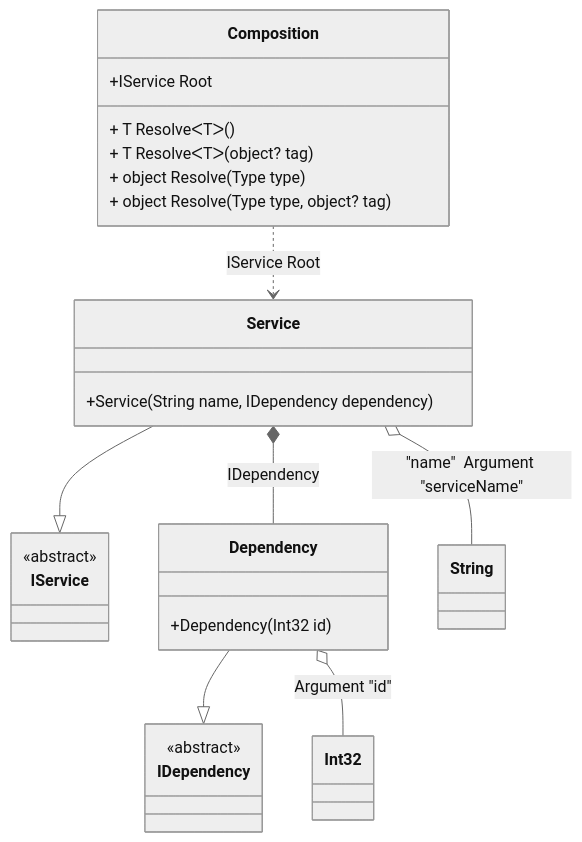
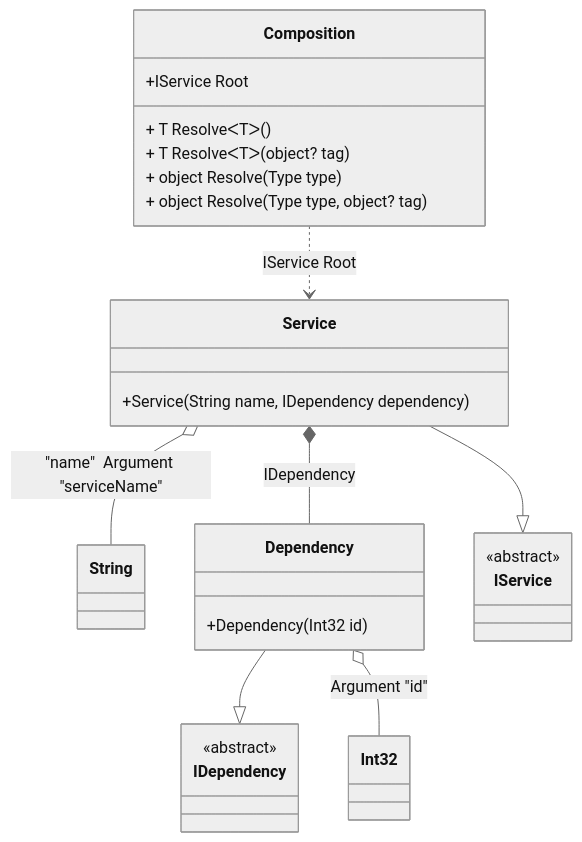
The diagram in readme/arguments.md (DevTeam/Pure.DI), drawn with Mermaid (neutral theme) before and after one commit. The commit also changed other lines of this file and 58 other files, not shown here.

Commit message:
Fixes an issue where overloaded bindings can be applied in the wrong sequence

````diff
--- a/readme/arguments.md
+++ b/readme/arguments.md
@@ -52,30 +52,30 @@
 ```mermaid
 classDiagram
   class Composition {
     +IService Root
     + T ResolveᐸTᐳ()
     + T ResolveᐸTᐳ(object? tag)
     + object Resolve(Type type)
     + object Resolve(Type type, object? tag)
   }
+  class Int32
+  class String
+  Dependency --|> IDependency : 
+  class Dependency {
+    +Dependency(Int32 id)
+  }
   Service --|> IService : 
   class Service {
     +Service(String name, IDependency dependency)
   }
-  Dependency --|> IDependency : 
-  class Dependency {
-    +Dependency(Int32 id)
+  class IDependency {
+    <<abstract>>
   }
-  class Int32
-  class String
   class IService {
     <<abstract>>
   }
-  class IDependency {
-    <<abstract>>
-  }
+  Dependency o-- Int32 : Argument "id"
   Service o-- String : "name"  Argument "serviceName"
   Service *--  Dependency : IDependency
-  Dependency o-- Int32 : Argument "id"
   Composition ..> Service : IService Root
 ```
````
